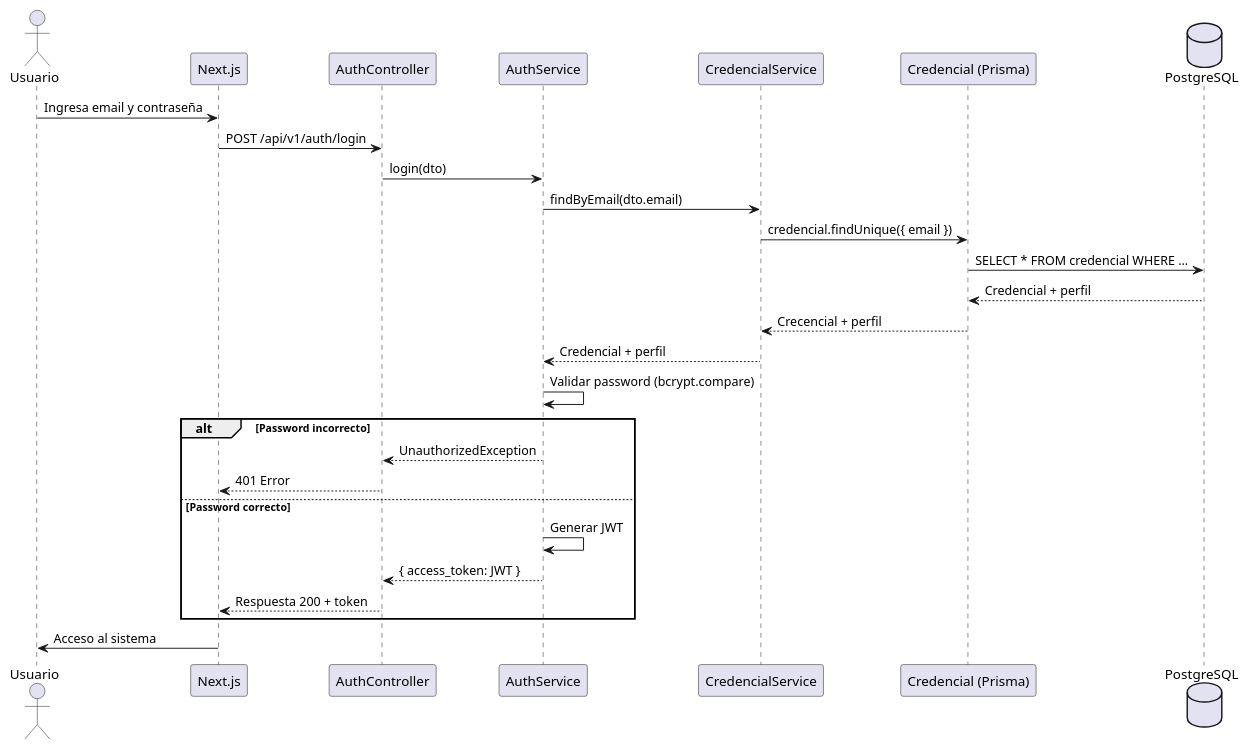
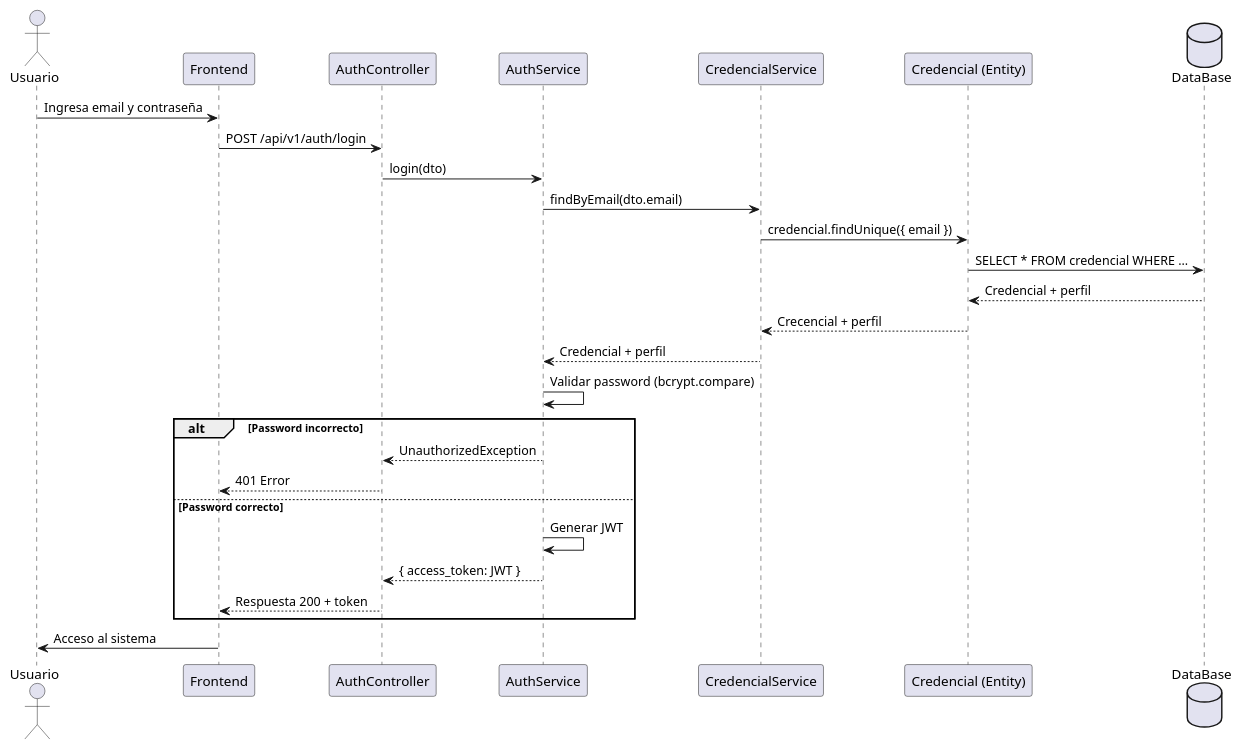
Before and after one commit to Gabriel-Baluzzo/vital-move-back: the diagram in diagramas/diagramaSecuenciaLogin.puml, drawn with PlantUML. The commit also changed 7 other files, not shown here.

Commit message:
agrego diagramas restantes

```diff
--- a/diagramas/diagramaSecuenciaLogin.puml
+++ b/diagramas/diagramaSecuenciaLogin.puml
@@ -1,29 +1,29 @@
 @startuml Login
 actor Usuario
-participant Next.js as Frontend
+participant Frontend
 participant "AuthController" as Controller
 participant "AuthService" as AuthService
 participant "CredencialService" as CredencialService
-participant "Credencial (Prisma)" as Prisma
-database PostgreSQL
+participant "Credencial (Entity)" as Prisma
+database DataBase
 
 Usuario -> Frontend : Ingresa email y contraseña
 Frontend -> Controller : POST /api/v1/auth/login
 Controller -> AuthService : login(dto)
 AuthService -> CredencialService : findByEmail(dto.email)
 CredencialService -> Prisma : credencial.findUnique({ email })
-Prisma -> PostgreSQL : SELECT * FROM credencial WHERE ...
-PostgreSQL --> Prisma : Credencial + perfil
+Prisma -> DataBase : SELECT * FROM credencial WHERE ...
+DataBase --> Prisma : Credencial + perfil
 Prisma --> CredencialService : Crecencial + perfil
 CredencialService --> AuthService : Credencial + perfil
 AuthService -> AuthService : Validar password (bcrypt.compare)
 alt Password incorrecto
     AuthService --> Controller : UnauthorizedException
     Controller --> Frontend : 401 Error
 else Password correcto
     AuthService -> AuthService : Generar JWT
     AuthService --> Controller : { access_token: JWT }
     Controller --> Frontend : Respuesta 200 + token
 end
 Frontend -> Usuario : Acceso al sistema
 @enduml
```
